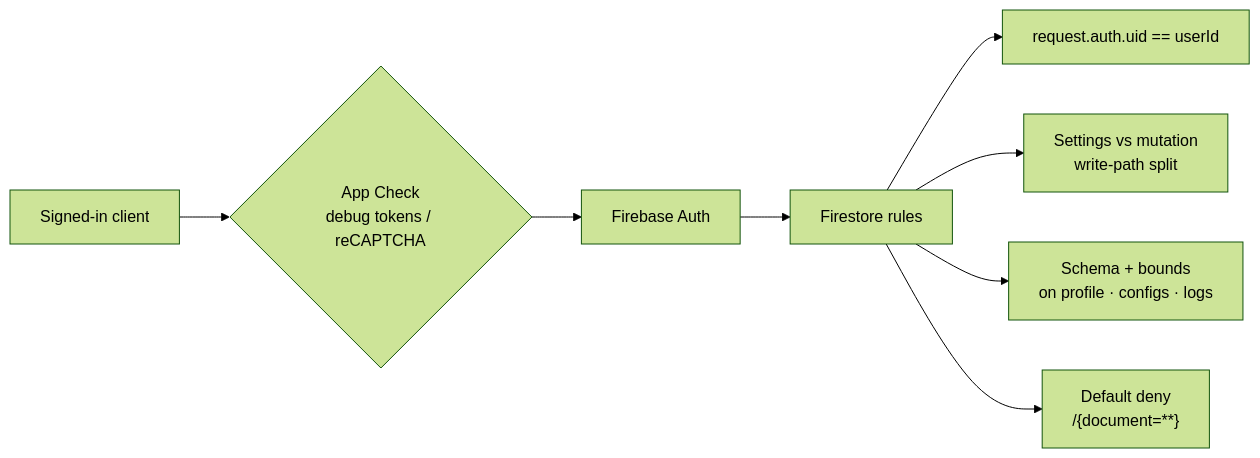
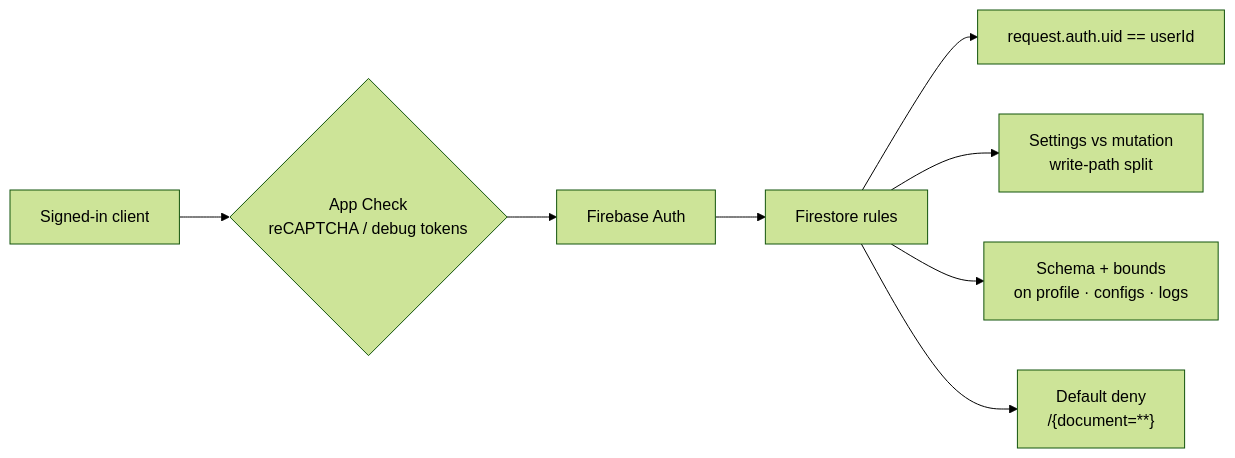
One commit to shareef01/tabakpp changed the second of 2 diagrams in README.md. Above: the diagram before and after it, drawn with Mermaid (forest theme). The commit also changed other lines of this file and 3 other files, not shown here.

````diff
--- a/README.md
+++ b/README.md
@@ -103,11 +105,11 @@
 ```mermaid
 flowchart LR
-  Client["Signed-in client"] --> AC{"App Check<br/>debug tokens / reCAPTCHA"}
+  Client["Signed-in client"] --> AC{"App Check<br/>reCAPTCHA / debug tokens"}
   AC --> Auth["Firebase Auth"]
   Auth --> Rules["Firestore rules"]
 
   Rules --> Owner["request.auth.uid == userId"]
   Rules --> Split["Settings vs mutation<br/>write-path split"]
   Rules --> Shape["Schema + bounds<br/>on profile · configs · logs"]
   Rules --> Deny["Default deny<br/>/{document=**}"]
 ```
````
